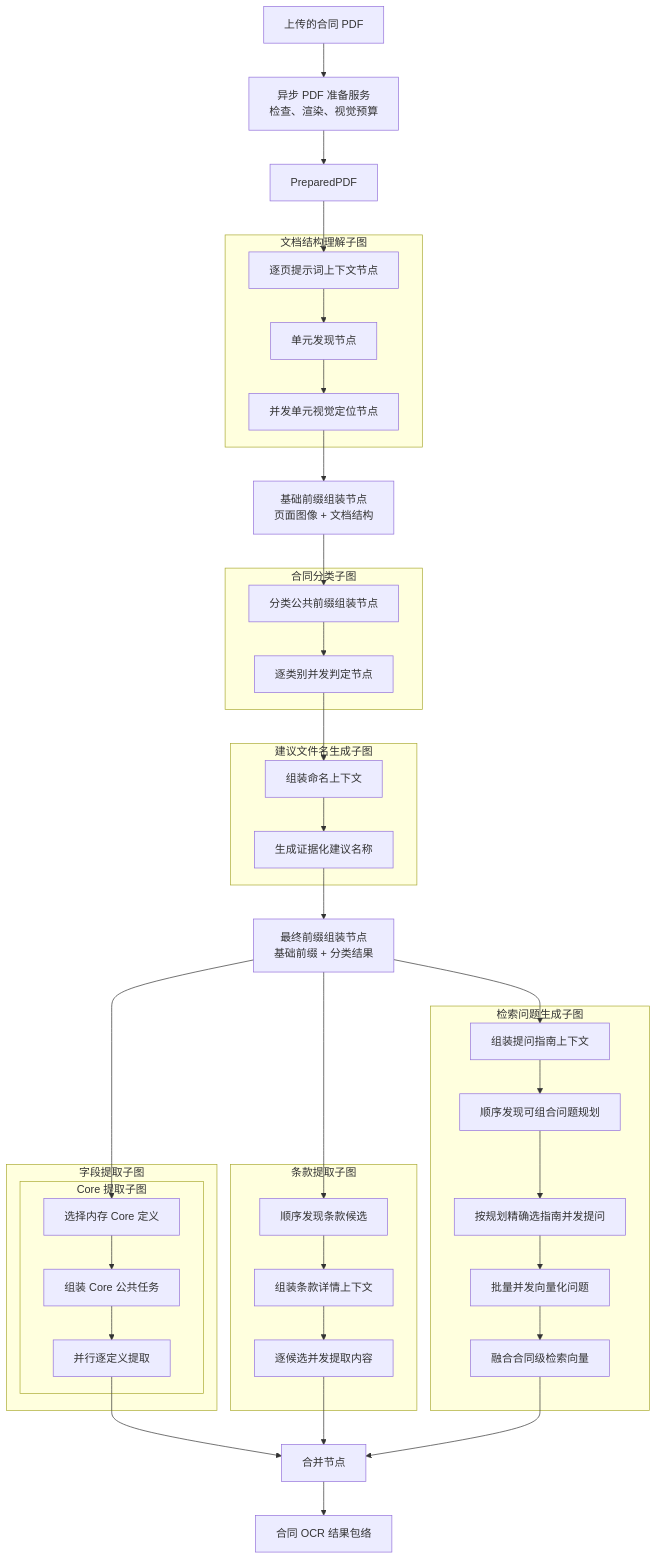
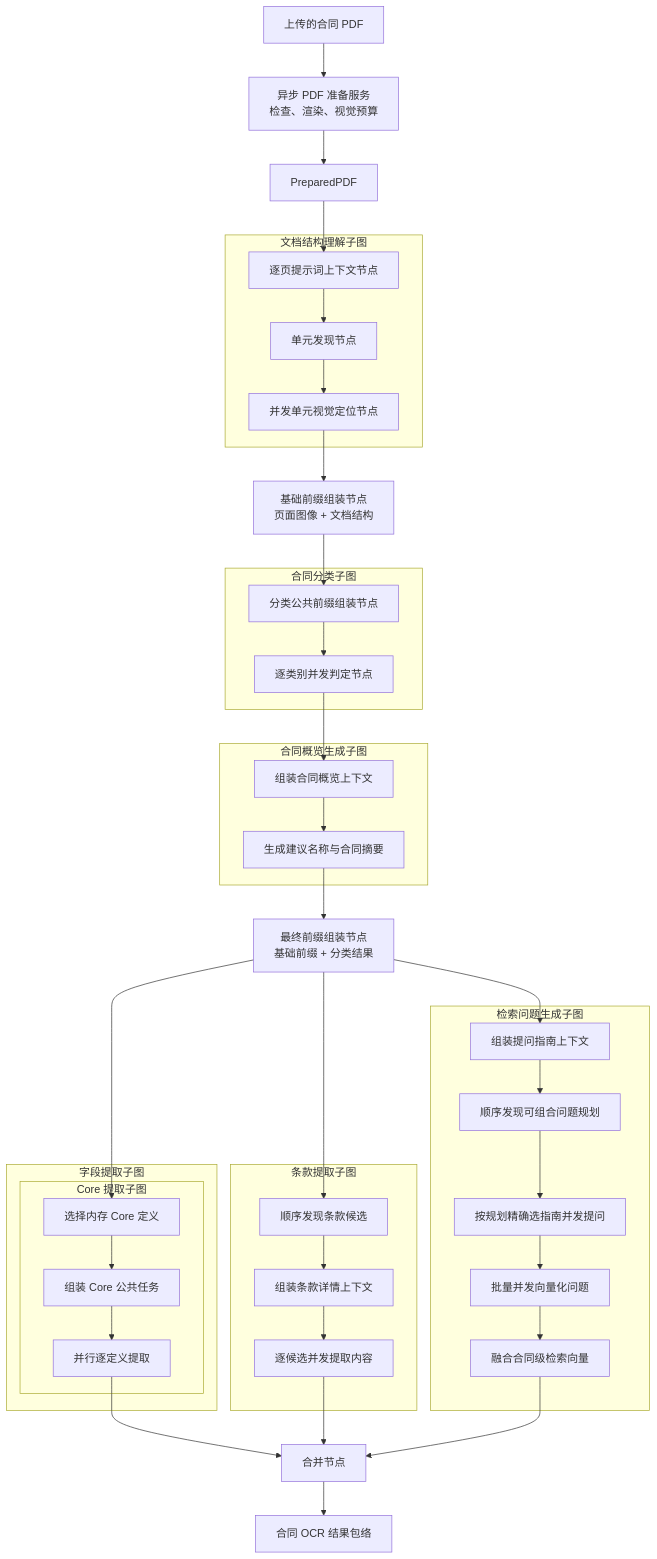
Before and after one commit to caicai-6666/contract-service-be: the diagram in description/architecture/workflow/contract-extraction/readme.md, drawn with Mermaid. The commit also changed other lines of this file and 351 other files, not shown here.

````diff
--- a/description/architecture/workflow/contract-extraction/readme.md
+++ b/description/architecture/workflow/contract-extraction/readme.md
@@ -26,67 +26,67 @@
 ```mermaid
 flowchart TD
     upload["上传的合同 PDF"]
     prepare_service["异步 PDF 准备服务<br/>检查、渲染、视觉预算"]
     input["PreparedPDF"]
 
     subgraph document_understanding_subgraph["文档结构理解子图"]
         build_prompt["逐页提示词上下文节点"]
         discover_units["单元发现节点"]
         locate_units["并发单元视觉定位节点"]
         build_prompt --> discover_units --> locate_units
     end
 
     assemble_base["基础前缀组装节点<br/>页面图像 + 文档结构"]
 
     subgraph classification_subgraph["合同分类子图"]
         assemble_classification["分类公共前缀组装节点"]
         classify["逐类别并发判定节点"]
         assemble_classification --> classify
     end
 
-    subgraph file_name_subgraph["建议文件名生成子图"]
-        assemble_file_name["组装命名上下文"]
-        generate_file_name["生成证据化建议名称"]
+    subgraph file_name_subgraph["合同概览生成子图"]
+        assemble_file_name["组装合同概览上下文"]
+        generate_file_name["生成建议名称与合同摘要"]
         assemble_file_name --> generate_file_name
     end
 
     assemble_prefill["最终前缀组装节点<br/>基础前缀 + 分类结果"]
 
     subgraph field_subgraph["字段提取子图"]
         subgraph core_subgraph["Core 提取子图"]
             select_core["选择内存 Core 定义"]
             assemble_core["组装 Core 公共任务"]
             core_node["并行逐定义提取"]
             select_core --> assemble_core --> core_node
         end
     end
 
     subgraph clause_subgraph["条款提取子图"]
         discover_clause["顺序发现条款候选"]
         preheat_clause["组装条款详情上下文"]
         extract_clause["逐候选并发提取内容"]
         discover_clause --> preheat_clause --> extract_clause
     end
 
     subgraph retrieval_question_subgraph["检索问题生成子图"]
         render_question_guides["组装提问指南上下文"]
         discover_question_focuses["顺序发现可组合问题规划"]
         generate_questions["按规划精确选指南并发提问"]
         embed_questions["批量并发向量化问题"]
         fuse_question_embeddings["融合合同级检索向量"]
         render_question_guides --> discover_question_focuses --> generate_questions --> embed_questions --> fuse_question_embeddings
     end
 
     upload --> prepare_service --> input --> build_prompt
     locate_units --> assemble_base --> assemble_classification
     classify --> assemble_file_name
     generate_file_name --> assemble_prefill
     assemble_prefill --> select_core
     assemble_prefill --> discover_clause
     assemble_prefill --> render_question_guides
 
     core_node --> merge["合并节点"]
     extract_clause --> merge
     fuse_question_embeddings --> merge
     merge --> result["合同 OCR 结果包络"]
 ```
````
